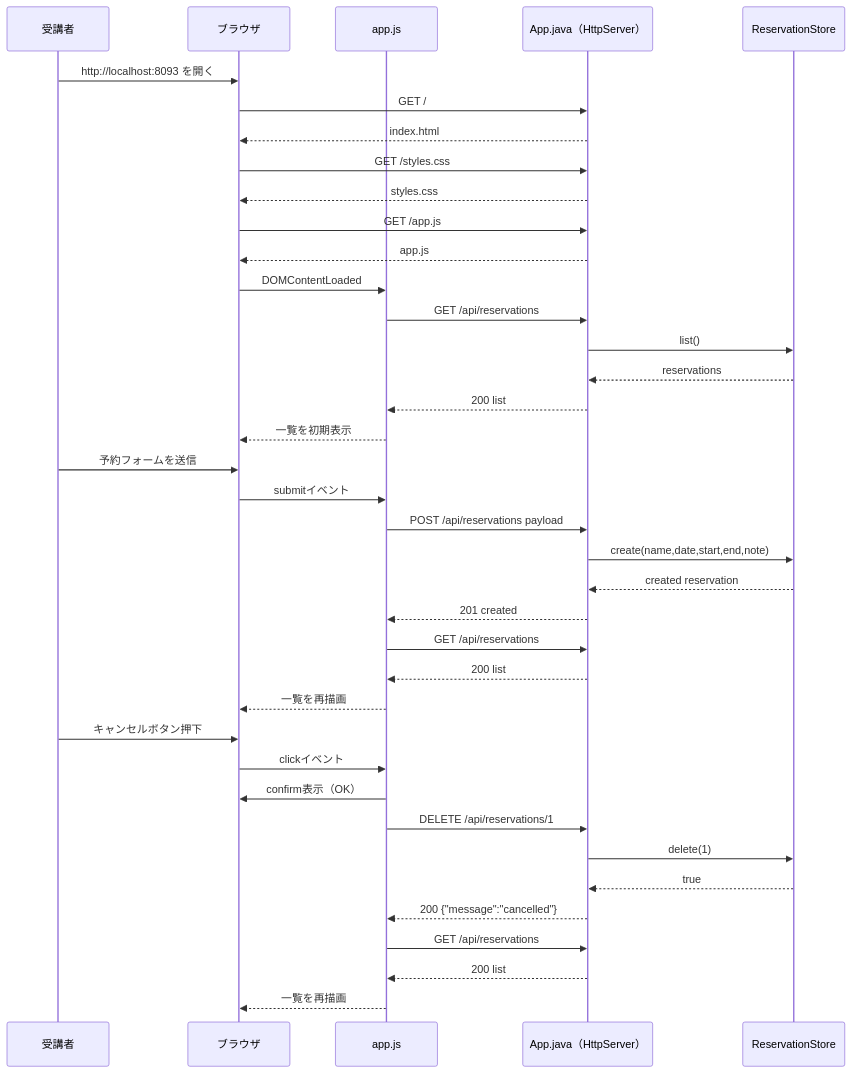
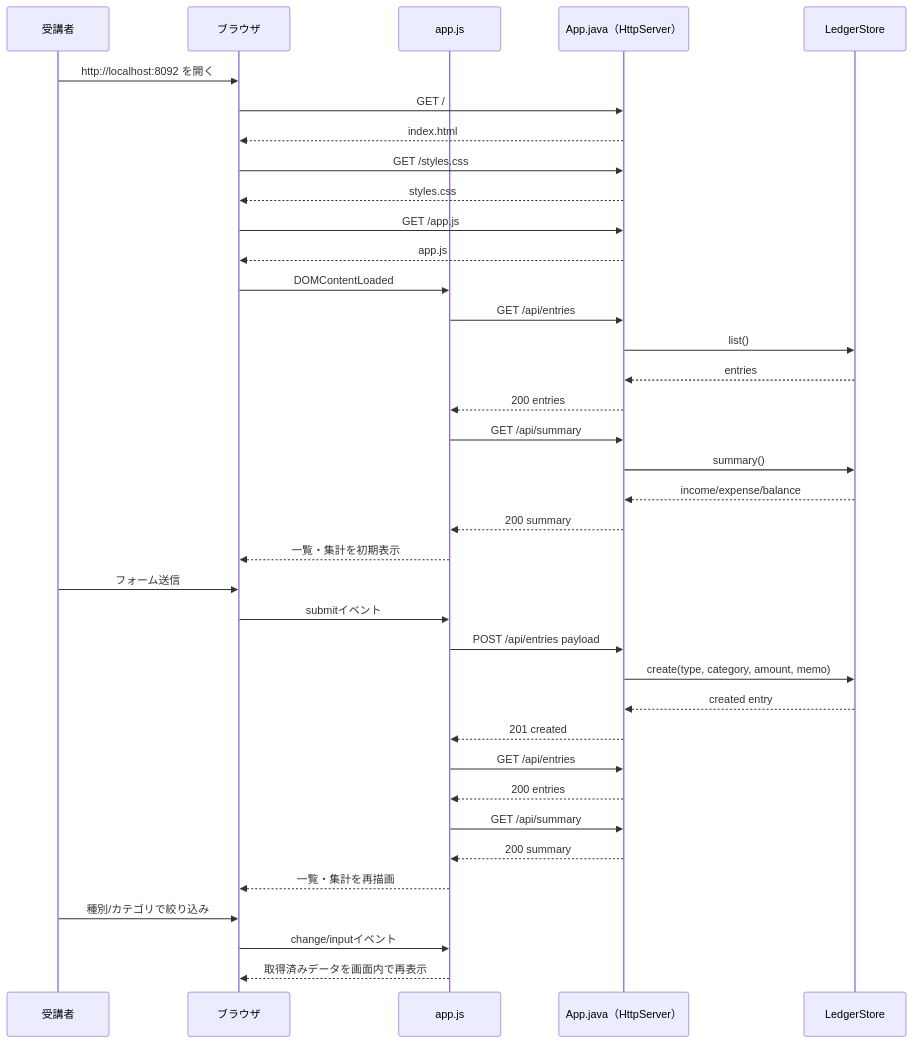
One commit to kiyomiya38/order-management-springboot changed the second of 3 diagrams in docs/curriculum/web-app(簡易版)/lesson4.md. Above: the diagram before and after it, drawn with Mermaid. The commit also changed other lines of this file and 32 other files, not shown here.

````diff
--- a/docs/curriculum/web-app(簡易版)/lesson4.md
+++ b/docs/curriculum/web-app(簡易版)/lesson4.md
@@ -92,44 +92,43 @@
 ```mermaid
 sequenceDiagram
   participant User as 受講者
   participant Br as ブラウザ
   participant Js as app.js
   participant App as App.java（HttpServer）
-  participant Store as ReservationStore
+  participant Store as LedgerStore
 
-  User->>Br: http://localhost:8093 を開く
+  User->>Br: http://localhost:8092 を開く
   Br->>App: GET /
   App-->>Br: index.html
   Br->>App: GET /styles.css
   App-->>Br: styles.css
   Br->>App: GET /app.js
   App-->>Br: app.js
 
   Br->>Js: DOMContentLoaded
-  Js->>App: GET /api/reservations
+  Js->>App: GET /api/entries
   App->>Store: list()
-  Store-->>App: reservations
-  App-->>Js: 200 list
-  Js-->>Br: 一覧を初期表示
+  Store-->>App: entries
+  App-->>Js: 200 entries
+  Js->>App: GET /api/summary
+  App->>Store: summary()
+  Store-->>App: income/expense/balance
+  App-->>Js: 200 summary
+  Js-->>Br: 一覧・集計を初期表示
 
-  User->>Br: 予約フォームを送信
+  User->>Br: フォーム送信
   Br->>Js: submitイベント
-  Js->>App: POST /api/reservations payload
-  App->>Store: create(name,date,start,end,note)
-  Store-->>App: created reservation
+  Js->>App: POST /api/entries payload
+  App->>Store: create(type, category, amount, memo)
+  Store-->>App: created entry
   App-->>Js: 201 created
-  Js->>App: GET /api/reservations
-  App-->>Js: 200 list
-  Js-->>Br: 一覧を再描画
+  Js->>App: GET /api/entries
+  App-->>Js: 200 entries
+  Js->>App: GET /api/summary
+  App-->>Js: 200 summary
+  Js-->>Br: 一覧・集計を再描画
 
-  User->>Br: キャンセルボタン押下
-  Br->>Js: clickイベント
-  Js->>Br: confirm表示（OK）
-  Js->>App: DELETE /api/reservations/1
-  App->>Store: delete(1)
-  Store-->>App: true
-  App-->>Js: 200 {"message":"cancelled"}
-  Js->>App: GET /api/reservations
-  App-->>Js: 200 list
-  Js-->>Br: 一覧を再描画
+  User->>Br: 種別/カテゴリで絞り込み
+  Br->>Js: change/inputイベント
+  Js-->>Br: 取得済みデータを画面内で再表示
 ```
````
